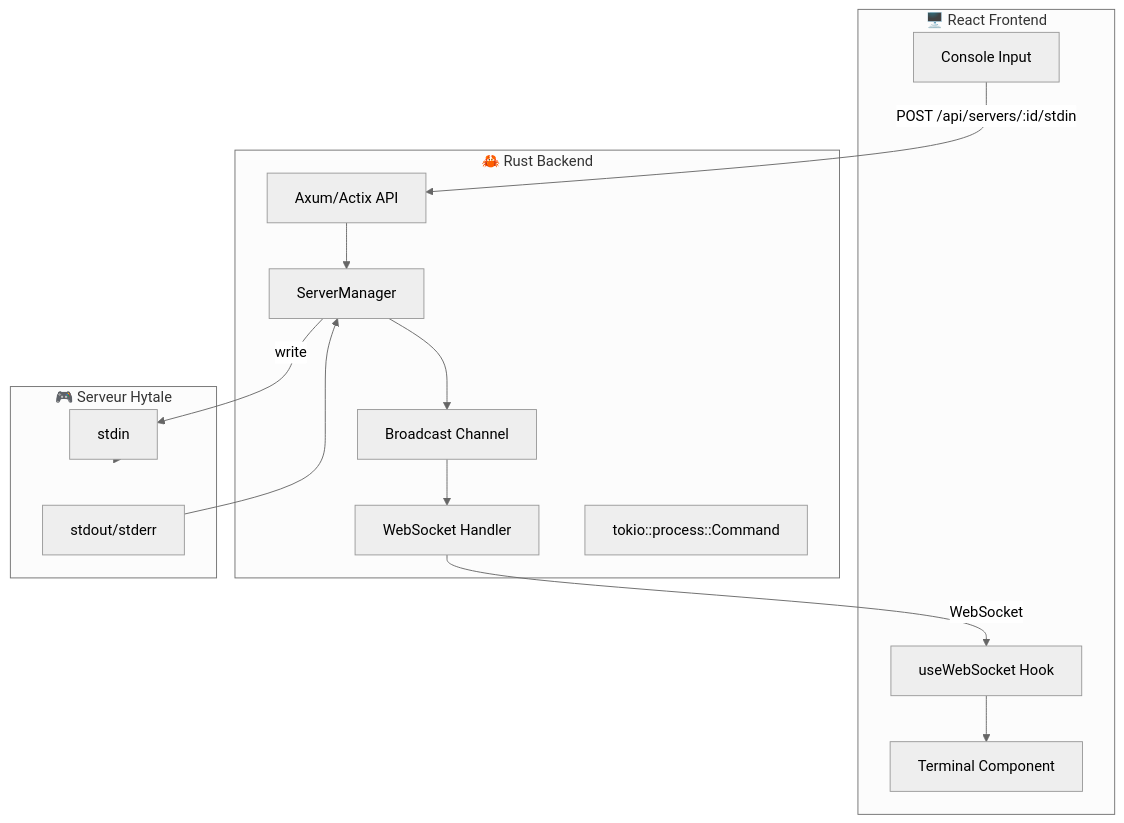
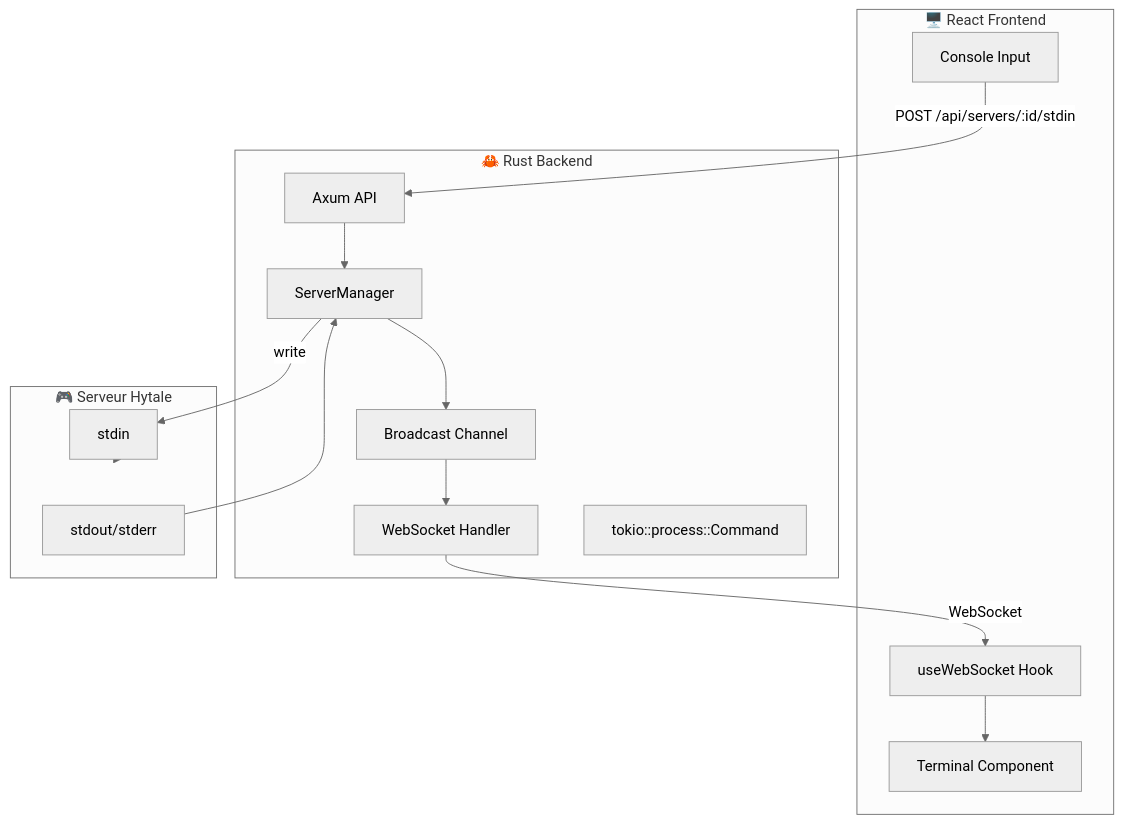
The diagram in HOOKS/child_process/GUIDE_IMPLEMENTATION_REACT_RUST.md (thefrcrazy/Kweebec-Manager), drawn with Mermaid (neutral theme) before and after one commit. The commit also changed 23 other files, not shown here.

Commit message:
refactor: Migrer le backend d'Actix-web vers Axum, supprimer le module de gestion des serveurs et adapter les routes API et la gestion des erreurs.

````diff
--- a/HOOKS/child_process/GUIDE_IMPLEMENTATION_REACT_RUST.md
+++ b/HOOKS/child_process/GUIDE_IMPLEMENTATION_REACT_RUST.md
@@ -5,31 +5,31 @@
 ```mermaid
 flowchart TB
     subgraph Frontend["🖥️ React Frontend"]
         A[Terminal Component]
         B[useWebSocket Hook]
         C[Console Input]
     end
     
     subgraph Backend["🦀 Rust Backend"]
-        D[Axum/Actix API]
+        D[Axum API]
         E[WebSocket Handler]
         F[ServerManager]
         G["tokio::process::Command"]
         H[Broadcast Channel]
     end
     
     subgraph Process["🎮 Serveur Hytale"]
         I[stdin]
         J[stdout/stderr]
     end
     
     C -->|POST /api/servers/:id/stdin| D
     D --> F
     F -->|write| I
     I --> Process
     J --> F
     F --> H
     H --> E
     E -->|WebSocket| B
     B --> A
 ```
````
